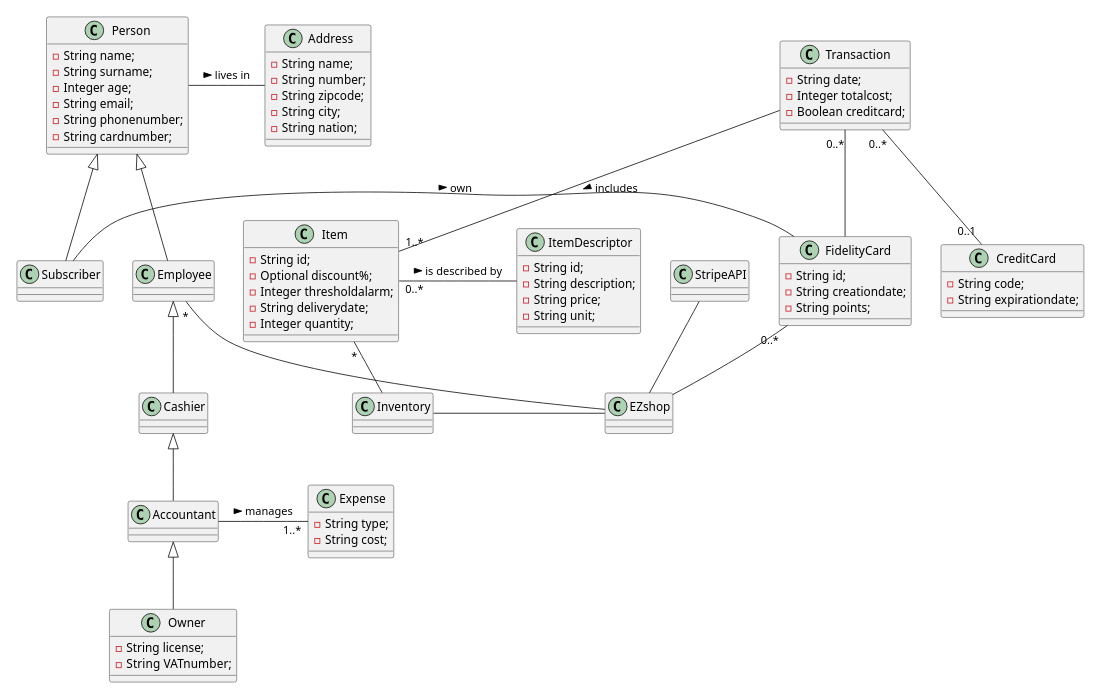
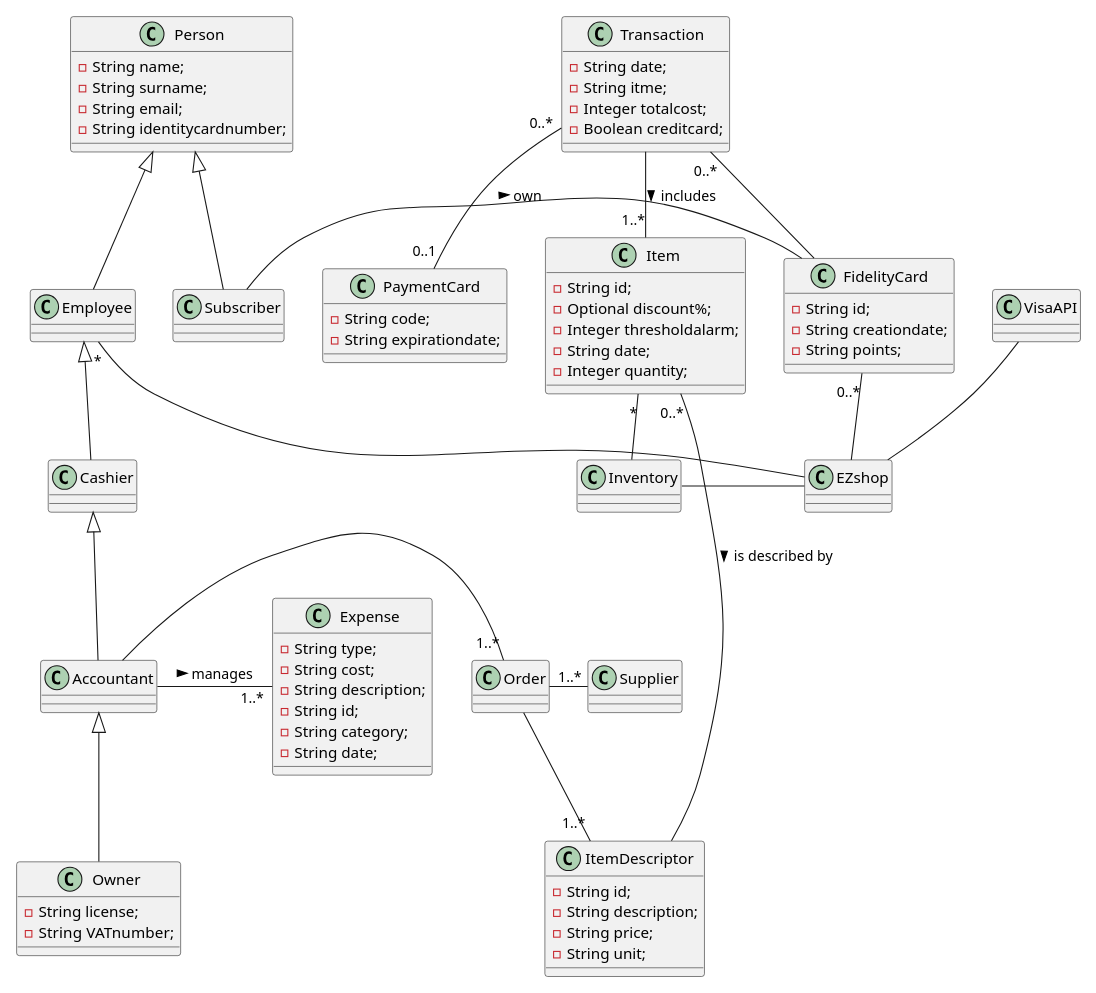
One commit to djemar/softeng_ezshop changed the fourth of 5 diagrams in Deliverables/RequirementsDocument.md. Above: the diagram before and after it, drawn with PlantUML. The commit also changed other lines of this file, not shown here.

````diff
--- a/Deliverables/RequirementsDocument.md
+++ b/Deliverables/RequirementsDocument.md
@@ -392,19 +405,10 @@
 class Person{
 -String name;
 -String surname;
--Integer age;
 -String email;
--String phonenumber;
--String cardnumber;
+-String identitycardnumber;
 }
 
-class Address{
--String name;
--String number;
--String zipcode;
--String city;
--String nation;
-}
 class ItemDescriptor{
 -String id;
 -String description;
@@ -415,7 +419,7 @@
 -String id;
 -Optional discount%;
 -Integer thresholdalarm;
--String deliverydate;
+-String date;
 -Integer quantity;
 }
 class FidelityCard{
@@ -436,6 +440,13 @@
 class Employee{
 
 }
+class Supplier{
+
+}
+
+class Order{
+
+}
 class Subscriber{
 
 }
@@ -449,16 +460,21 @@
 class Expense{
 -String type;
 -String cost;
+-String description;
+-String id;
+-String category;
+-String date;
 }
-class StripeAPI{
+class VisaAPI{
 
 }
 class Transaction{
 -String date;
+-String itme;
 -Integer totalcost;
 -Boolean creditcard;
 }
-class CreditCard{
+class PaymentCard{
   -String code;
   -String expirationdate;
 }
@@ -467,19 +483,20 @@
 Employee <|--  Cashier
 Person <|-- Employee
 Person <|-- Subscriber
-Person - Address : lives in >
+
 Employee "*" -- EZshop
-StripeAPI -- EZshop
+VisaAPI -- EZshop
 Item "*" -- Inventory
 Item "0..*" - ItemDescriptor : is described by >
 Inventory - EZshop
 Subscriber - FidelityCard : own >
 Accountant -  "1..*" Expense : manages >
+Accountant -  "1..*" Order 
+Order -- "1..*" ItemDescriptor
+Order "1..*" - Supplier
 FidelityCard "0..*" -- EZshop
-Transaction "0..*" -- "0..1" CreditCard
+Transaction "0..*" -- "0..1" PaymentCard
 Transaction -- "1..*" Item : includes >
 Transaction "0..*" -- FidelityCard
 
-
-
 ```
````
